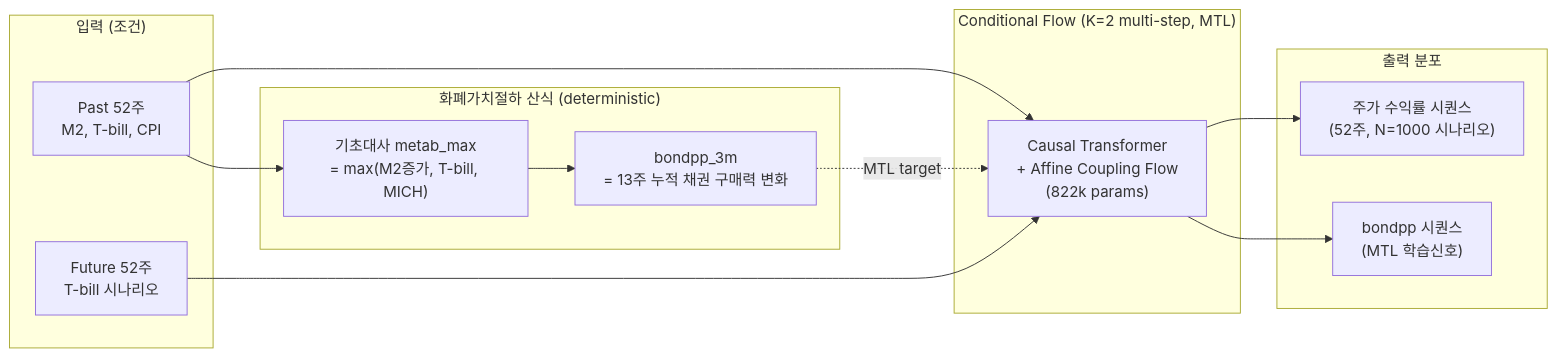
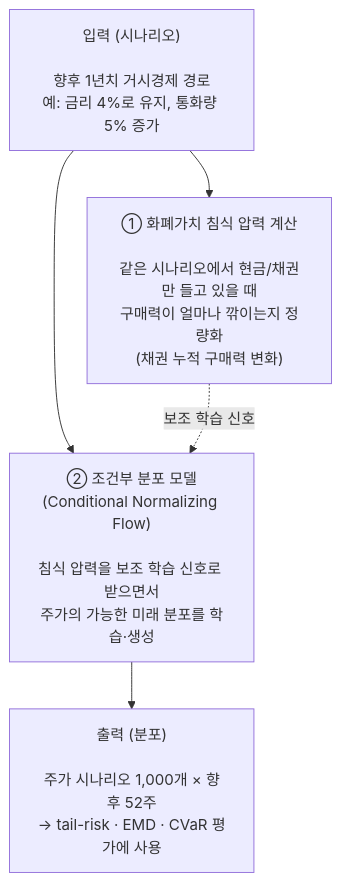
The diagram in README.md (hwayobi2020/homeostatic-market), drawn with Mermaid before and after one commit. The commit also changed other lines of this file, not shown here.

````diff
--- a/README.md
+++ b/README.md
@@ -72,24 +51,12 @@
 ```mermaid
-flowchart LR
-    subgraph IN["입력 (조건)"]
-      A["Past 52주<br/>M2, T-bill, CPI"]
-      B["Future 52주<br/>T-bill 시나리오"]
-    end
-    subgraph DERIV["화폐가치절하 산식 (deterministic)"]
-      C["기초대사 metab_max<br/>= max(M2증가, T-bill, MICH)"]
-      D["bondpp_3m<br/>= 13주 누적 채권 구매력 변화"]
-    end
-    subgraph MODEL["Conditional Flow (K=2 multi-step, MTL)"]
-      F["Causal Transformer<br/>+ Affine Coupling Flow<br/>(822k params)"]
-    end
-    subgraph OUT["출력 분포"]
-      G["주가 수익률 시퀀스<br/>(52주, N=1000 시나리오)"]
-      H["bondpp 시퀀스<br/>(MTL 학습신호)"]
-    end
-    A --> F
-    B --> F
-    A --> C --> D
-    D -.MTL target.-> F
-    F --> G
-    F --> H
+flowchart TB
+    A["입력 (시나리오)<br/><br/>향후 1년치 거시경제 경로<br/>예: 금리 4%로 유지, 통화량 5% 증가"]
+    B["① 화폐가치 침식 압력 계산<br/><br/>같은 시나리오에서 현금/채권만 들고 있을 때<br/>구매력이 얼마나 깎이는지 정량화<br/>(채권 누적 구매력 변화)"]
+    C["② 조건부 분포 모델<br/>(Conditional Normalizing Flow)<br/><br/>침식 압력을 보조 학습 신호로 받으면서<br/>주가의 가능한 미래 분포를 학습·생성"]
+    D["출력 (분포)<br/><br/>주가 시나리오 1,000개 × 향후 52주<br/>→ tail-risk · EMD · CVaR 평가에 사용"]
+
+    A --> B
+    A --> C
+    B -. "보조 학습 신호" .-> C
+    C --> D
 ```
````
